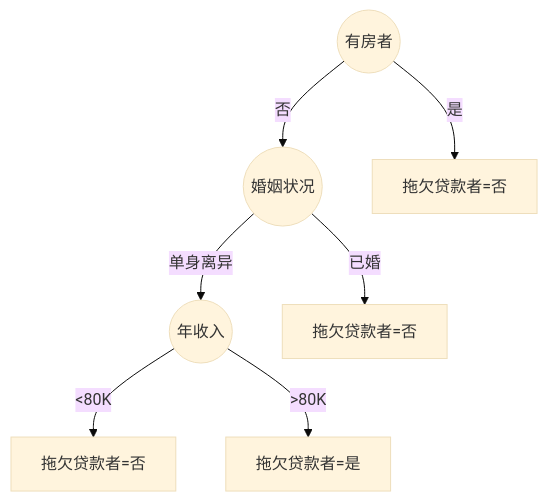
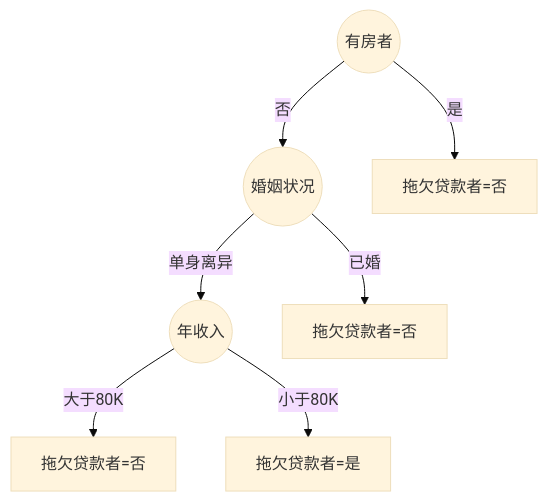
The sixth of 7 diagrams in source/_posts/article/数据挖掘/数据挖掘-基本概念.md (doge-liang/doge-liang-notebook), drawn with Mermaid (base theme) before and after one commit.

Commit message:
update blog

````diff
--- a/source/_posts/article/数据挖掘/数据挖掘-基本概念.md
+++ b/source/_posts/article/数据挖掘/数据挖掘-基本概念.md
@@ -161,9 +161,9 @@
 ```mermaid
 graph TB;
     1((有房者))--是-->4[拖欠贷款者=否];
     1((有房者))--否-->2((婚姻状况));
     2((婚姻状况))--单身离异-->3((年收入));
     2((婚姻状况))--已婚-->5[拖欠贷款者=否];
-    3((年收入))-->|<80K|6[拖欠贷款者=否];
-    3((年收入))-->|>80K|7[拖欠贷款者=是];
+    3((年收入))-->|大于80K| 6[拖欠贷款者=否];
+    3((年收入))-->|小于80K| 7[拖欠贷款者=是];
 ```
````
